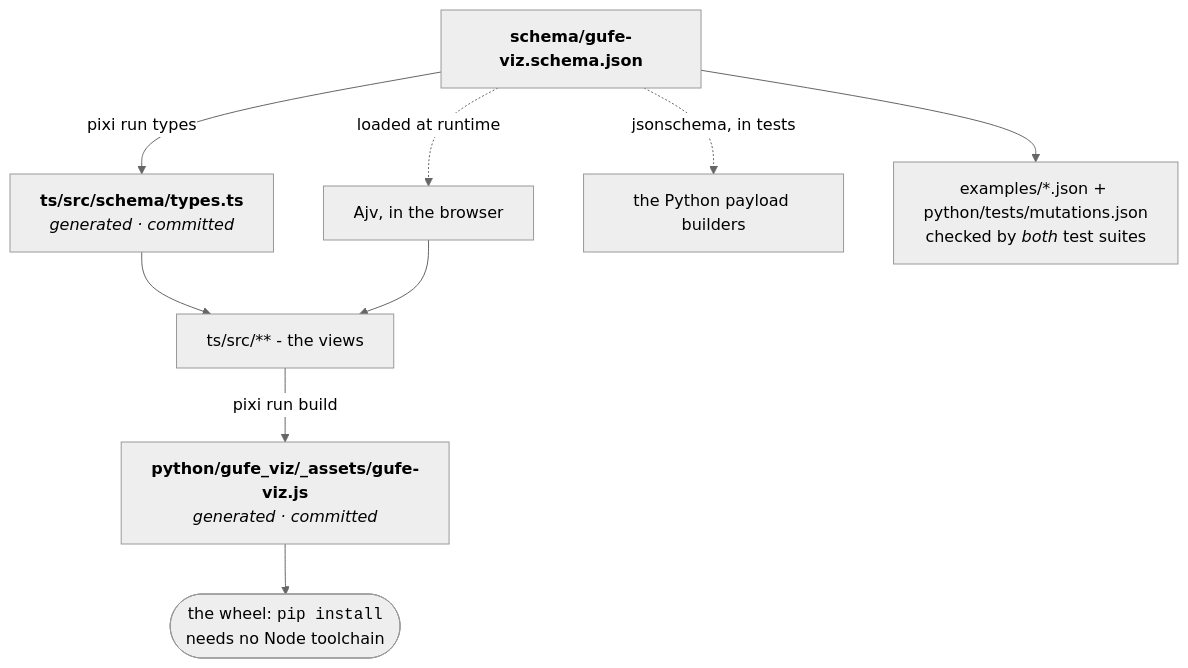
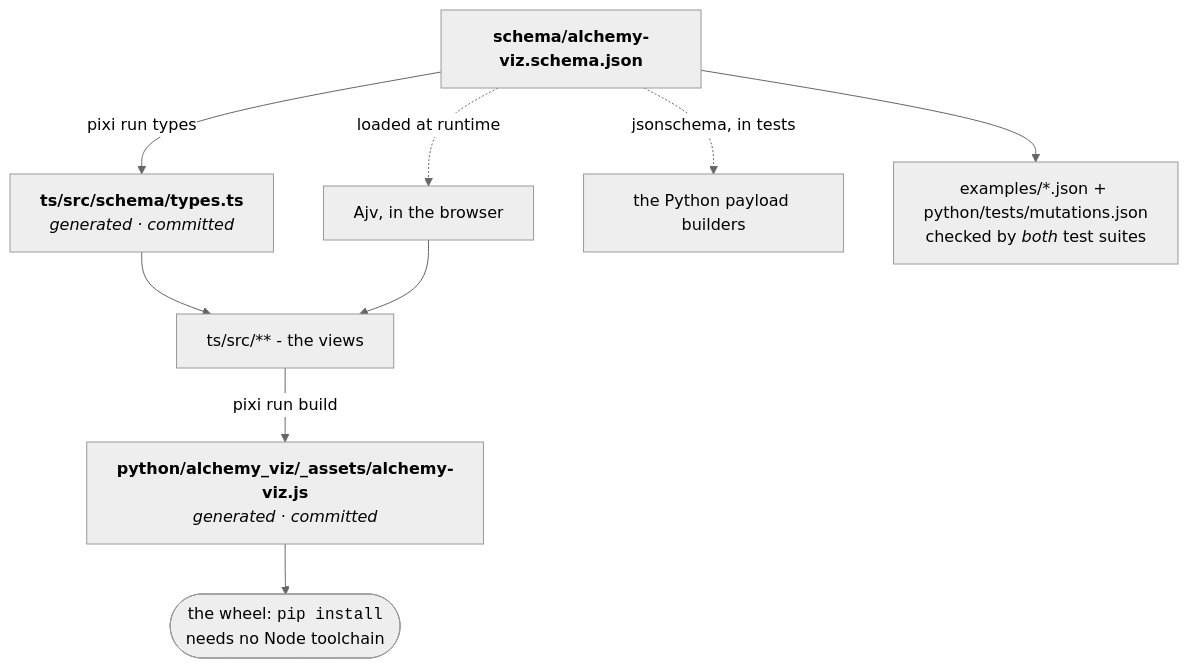
One commit to omsf-eco-infra/alchemy-viz changed the third of 3 diagrams in README.md. Above: the diagram before and after it, drawn with Mermaid (neutral theme). The commit also changed other lines of this file and 81 other files, not shown here.

````diff
--- a/README.md
+++ b/README.md
@@ -418,15 +418,15 @@
 ```mermaid
 flowchart TD
-  src["<b>schema/gufe-viz.schema.json</b>"]
+  src["<b>schema/alchemy-viz.schema.json</b>"]
 
   src -->|"pixi run types"| types["<b>ts/src/schema/types.ts</b><br/><i>generated · committed</i>"]
   src -.->|"loaded at runtime"| ajv["Ajv, in the browser"]
   src -.->|"jsonschema, in tests"| py["the Python payload builders"]
 
   types --> views["ts/src/** - the views"]
   ajv --> views
-  views -->|"pixi run build"| bundle["<b>python/gufe_viz/_assets/gufe-viz.js</b><br/><i>generated · committed</i>"]
+  views -->|"pixi run build"| bundle["<b>python/alchemy_viz/_assets/alchemy-viz.js</b><br/><i>generated · committed</i>"]
   bundle --> wheel(["the wheel: <code>pip install</code><br/>needs no Node toolchain"])
 
   src --> fixtures["examples/*.json + python/tests/mutations.json<br/>checked by <i>both</i> test suites"]
 ```
````
